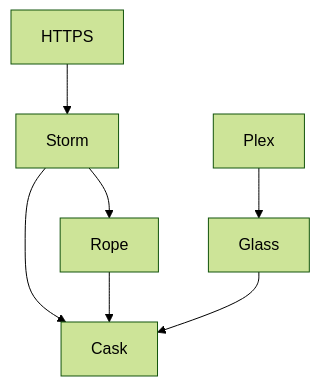
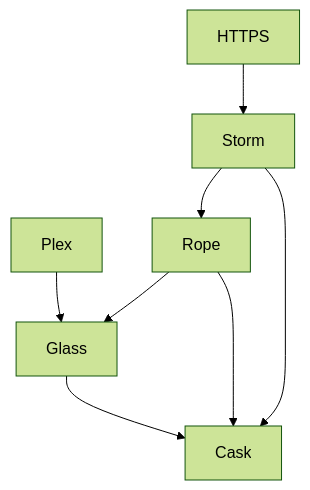
The diagram in posts/745.md (icco/writing), drawn with Mermaid (forest theme) before and after one commit. The commit also changed 4 other files, not shown here.

````diff
--- a/posts/745.md
+++ b/posts/745.md
@@ -15,9 +15,10 @@
 ```mermaid
 graph TD;
     Plex-->Glass;
     HTTPS-->Storm;
     Storm-->Cask;
     Storm-->Rope;
     Rope-->Cask;
     Glass-->Cask;
+    Rope-->Glass;
 ```
````
